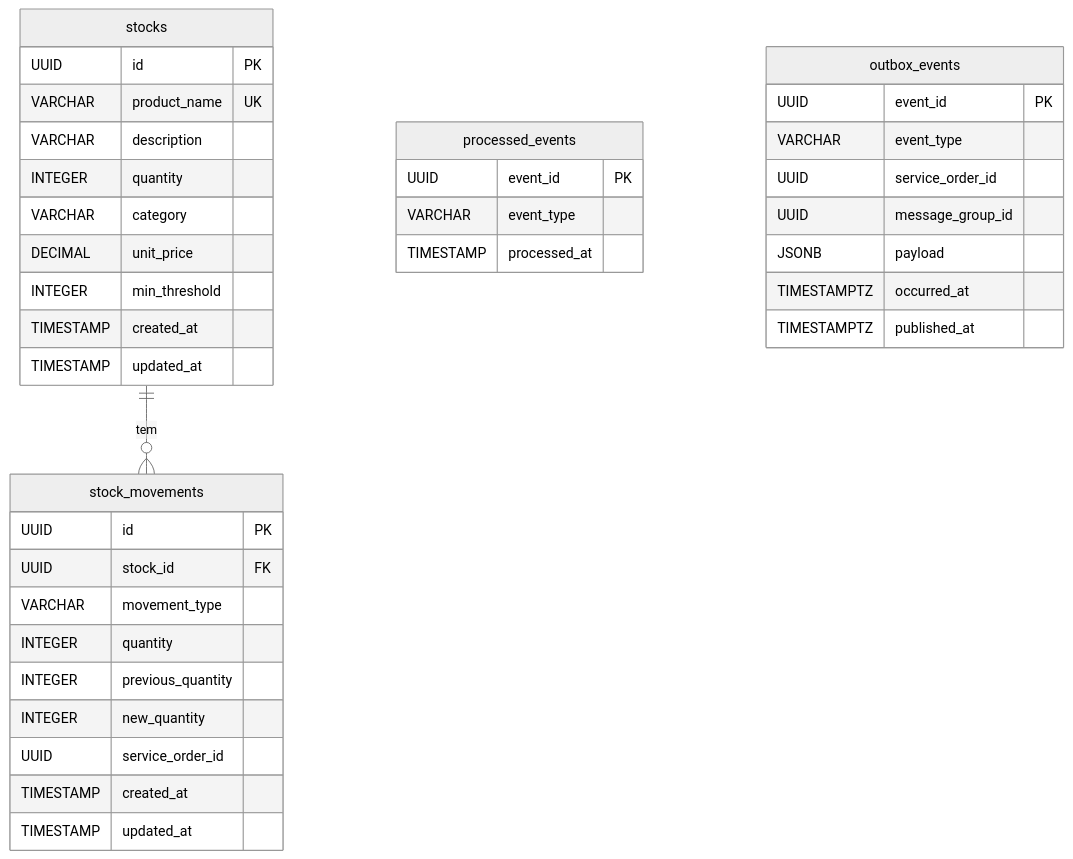
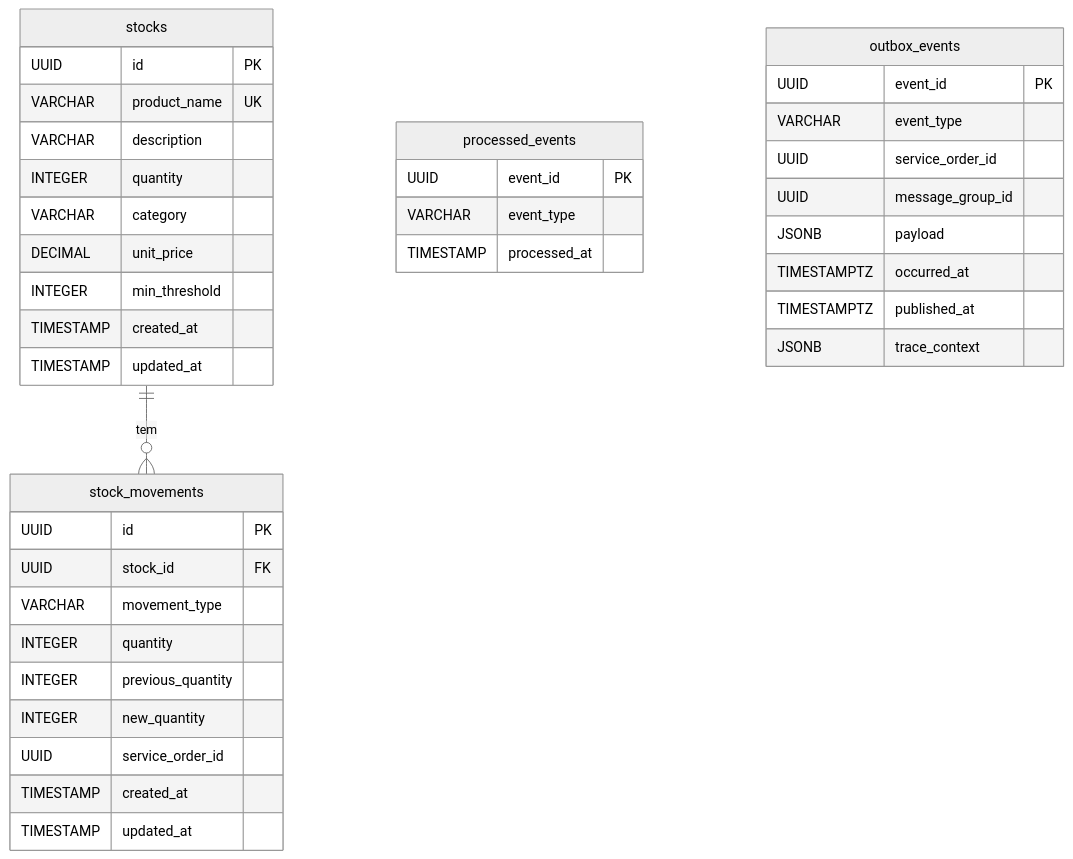
One commit to 15SOAT-FIAP/ms-ofisy-stock changed the diagram in docs/DATABASE.md. Above: the diagram before and after it, drawn with Mermaid (neutral theme). The commit also changed other lines of this file and 3 other files, not shown here.

````diff
--- a/docs/DATABASE.md
+++ b/docs/DATABASE.md
@@ -11,40 +11,41 @@
 ```mermaid
 erDiagram
     stocks ||--o{ stock_movements : "tem"
     stocks {
         UUID id PK
         VARCHAR product_name UK
         VARCHAR description
         INTEGER quantity
         VARCHAR category
         DECIMAL unit_price
         INTEGER min_threshold
         TIMESTAMP created_at
         TIMESTAMP updated_at
     }
     stock_movements {
         UUID id PK
         UUID stock_id FK
         VARCHAR movement_type
         INTEGER quantity
         INTEGER previous_quantity
         INTEGER new_quantity
         UUID service_order_id
         TIMESTAMP created_at
         TIMESTAMP updated_at
     }
     processed_events {
         UUID event_id PK
         VARCHAR event_type
         TIMESTAMP processed_at
     }
     outbox_events {
         UUID event_id PK
         VARCHAR event_type
         UUID service_order_id
         UUID message_group_id
         JSONB payload
         TIMESTAMPTZ occurred_at
         TIMESTAMPTZ published_at
+        JSONB trace_context
     }
 ```
````
